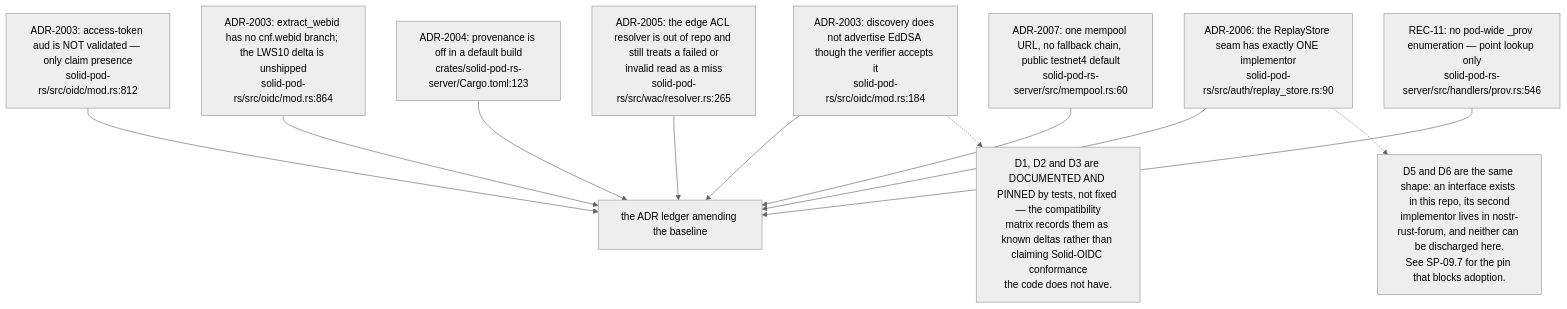
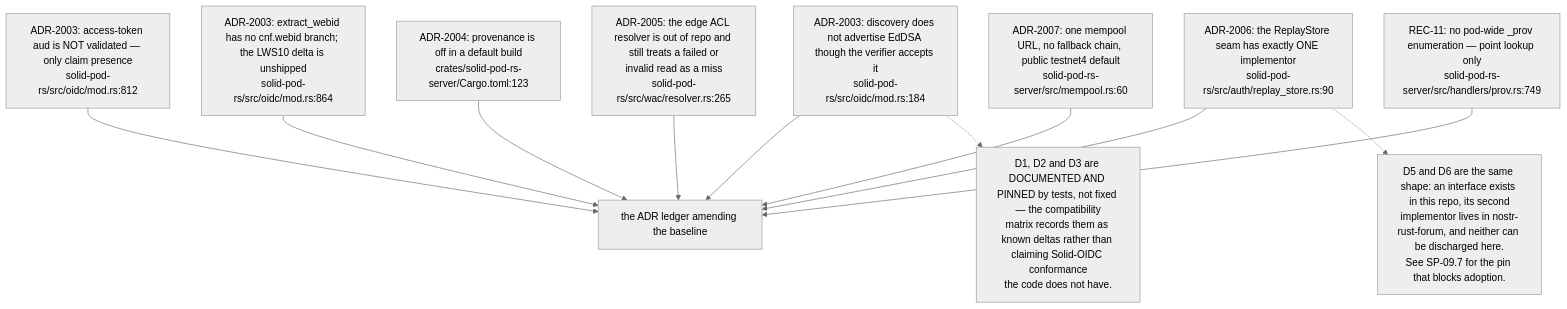
Before and after one commit to DreamLab-AI/VisionFlow: the sixth of 12 diagrams in docs/diagrams/solid-pod-rs/10-failure-modes-and-invariants.md, drawn with Mermaid (neutral theme). The commit also changed other lines of this file and 10 other files, not shown here.

First line of the commit message:
docs(diagrams): close ER-1 to ER-4 and ER-33 across ten topics, re-stamped

````diff
--- a/docs/diagrams/solid-pod-rs/10-failure-modes-and-invariants.md
+++ b/docs/diagrams/solid-pod-rs/10-failure-modes-and-invariants.md
@@ -171,25 +172,25 @@
 ```mermaid
 flowchart TD
     D1["ADR-2003: access-token aud is NOT validated — only claim presence<br/>solid-pod-rs/src/oidc/mod.rs:812"]
     D2["ADR-2003: extract_webid has no cnf.webid branch; the LWS10 delta is unshipped<br/>solid-pod-rs/src/oidc/mod.rs:864"]
     D3["ADR-2003: discovery does not advertise EdDSA though the verifier accepts it<br/>solid-pod-rs/src/oidc/mod.rs:184"]
     D4["ADR-2004: provenance is off in a default build<br/>crates/solid-pod-rs-server/Cargo.toml:123"]
     D5["ADR-2005: the edge ACL resolver is out of repo and still treats a failed or<br/>invalid read as a miss<br/>solid-pod-rs/src/wac/resolver.rs:265"]
     D6["ADR-2006: the ReplayStore seam has exactly ONE implementor<br/>solid-pod-rs/src/auth/replay_store.rs:90"]
     D7["ADR-2007: one mempool URL, no fallback chain, public testnet4 default<br/>solid-pod-rs-server/src/mempool.rs:60"]
-    D8["REC-11: no pod-wide _prov enumeration — point lookup only<br/>solid-pod-rs-server/src/handlers/prov.rs:546"]
+    D8["REC-11: no pod-wide _prov enumeration — point lookup only<br/>solid-pod-rs-server/src/handlers/prov.rs:749"]
 
     D1 --> LEDGER["the ADR ledger amending the baseline"]
     D2 --> LEDGER
     D3 --> LEDGER
     D4 --> LEDGER
     D5 --> LEDGER
     D6 --> LEDGER
     D7 --> LEDGER
     D8 --> LEDGER
 
     N["D1, D2 and D3 are DOCUMENTED AND PINNED by tests, not fixed — the compatibility<br/>matrix records them as known deltas rather than claiming Solid-OIDC conformance<br/>the code does not have."]
     D3 -.-> N
     N2["D5 and D6 are the same shape: an interface exists in this repo, its second<br/>implementor lives in nostr-rust-forum, and neither can be discharged here.<br/>See SP-09.7 for the pin that blocks adoption."]
     D6 -.-> N2
 ```
````
